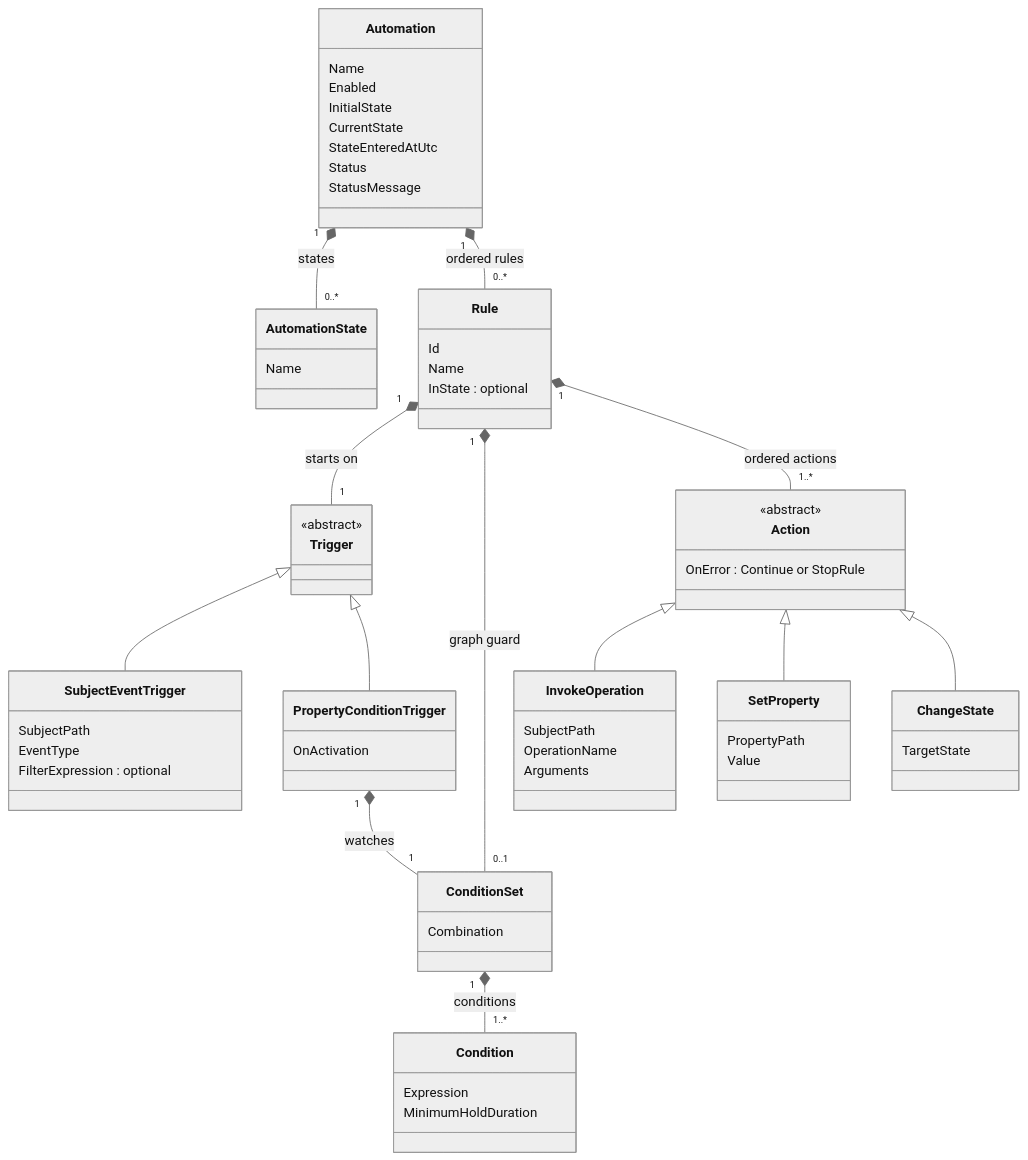
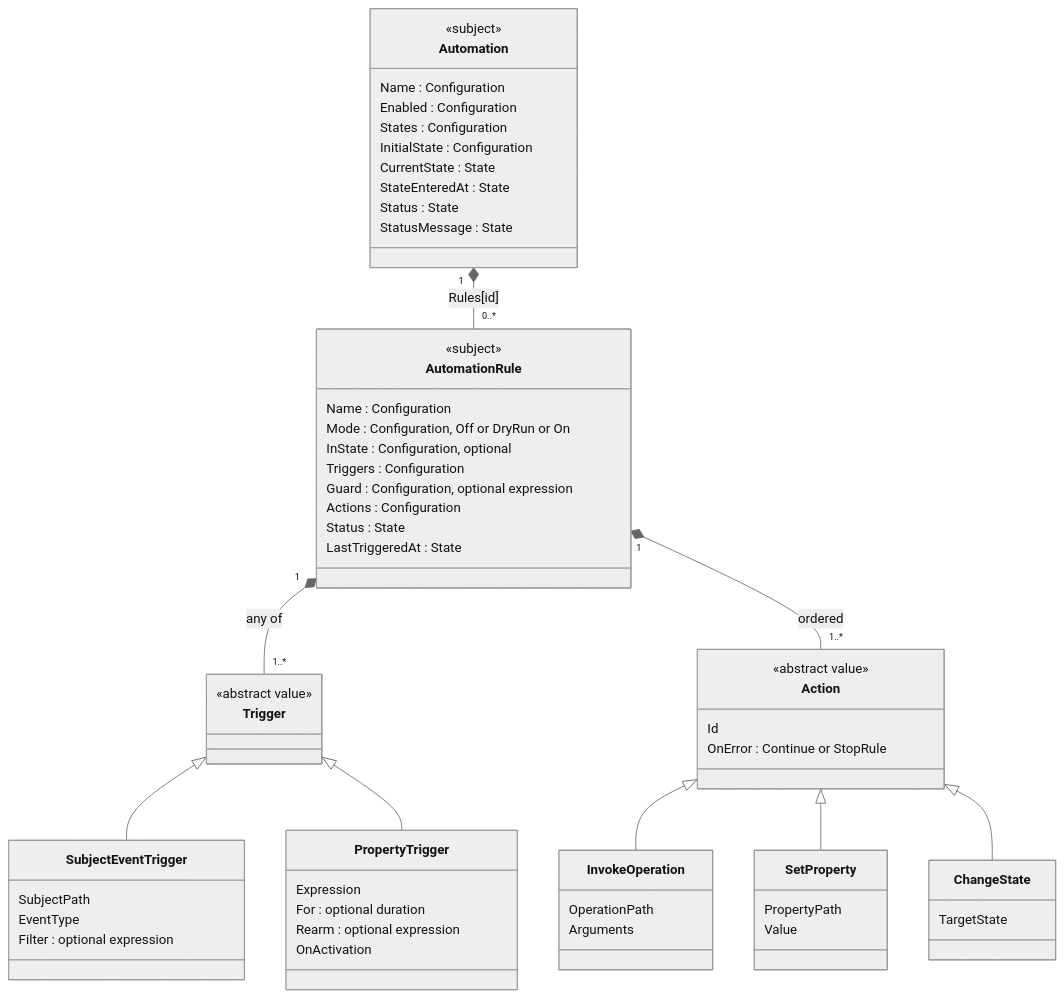
Before and after one commit to RicoSuter/Namotion.Interceptor: the diagram in docs/superpowers/specs/2026-11-02-homeblaze-automation-design.md, drawn with Mermaid (neutral theme). The commit also changed other lines of this file, not shown here.

First line of the commit message:
docs: simplify HomeBlaze automation design after review

````diff
--- a/docs/superpowers/specs/2026-11-02-homeblaze-automation-design.md
+++ b/docs/superpowers/specs/2026-11-02-homeblaze-automation-design.md
@@ -47,67 +65,64 @@
 ```mermaid
 classDiagram
     direction TB
     class Automation {
-        Name
-        Enabled
-        InitialState
-        CurrentState
-        StateEnteredAtUtc
-        Status
-        StatusMessage
+        <<subject>>
+        Name : Configuration
+        Enabled : Configuration
+        States : Configuration
+        InitialState : Configuration
+        CurrentState : State
+        StateEnteredAt : State
+        Status : State
+        StatusMessage : State
     }
-    class AutomationState {
-        Name
-    }
-    class Rule {
-        Id
-        Name
-        InState : optional
+    class AutomationRule {
+        <<subject>>
+        Name : Configuration
+        Mode : Configuration, Off or DryRun or On
+        InState : Configuration, optional
+        Triggers : Configuration
+        Guard : Configuration, optional expression
+        Actions : Configuration
+        Status : State
+        LastTriggeredAt : State
     }
     class Trigger {
-        <<abstract>>
+        <<abstract value>>
     }
     class SubjectEventTrigger {
         SubjectPath
         EventType
-        FilterExpression : optional
+        Filter : optional expression
     }
-    class PropertyConditionTrigger {
+    class PropertyTrigger {
+        Expression
+        For : optional duration
+        Rearm : optional expression
         OnActivation
     }
-    class ConditionSet {
-        Combination
-    }
-    class Condition {
-        Expression
-        MinimumHoldDuration
-    }
     class Action {
-        <<abstract>>
+        <<abstract value>>
+        Id
         OnError : Continue or StopRule
     }
     class InvokeOperation {
-        SubjectPath
-        OperationName
+        OperationPath
         Arguments
     }
     class SetProperty {
         PropertyPath
         Value
     }
     class ChangeState {
         TargetState
     }
-    Automation "1" *-- "0..*" AutomationState : states
-    Automation "1" *-- "0..*" Rule : ordered rules
-    Rule "1" *-- "1" Trigger : starts on
-    Rule "1" *-- "0..1" ConditionSet : graph guard
-    Rule "1" *-- "1..*" Action : ordered actions
+    Automation "1" *-- "0..*" AutomationRule : Rules[id]
+    AutomationRule "1" *-- "1..*" Trigger : any of
+    AutomationRule "1" *-- "1..*" Action : ordered
     Trigger <|-- SubjectEventTrigger
-    Trigger <|-- PropertyConditionTrigger
-    PropertyConditionTrigger "1" *-- "1" ConditionSet : watches
-    ConditionSet "1" *-- "1..*" Condition : conditions
+    Trigger <|-- PropertyTrigger
     Action <|-- InvokeOperation
     Action <|-- SetProperty
     Action <|-- ChangeState
 ```
````
